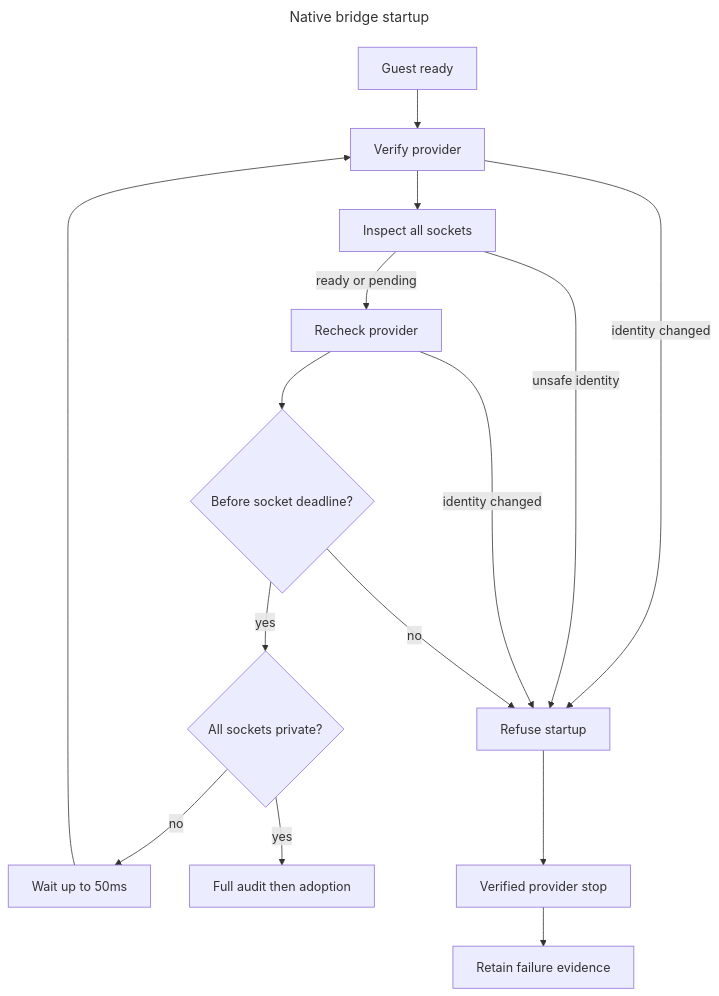
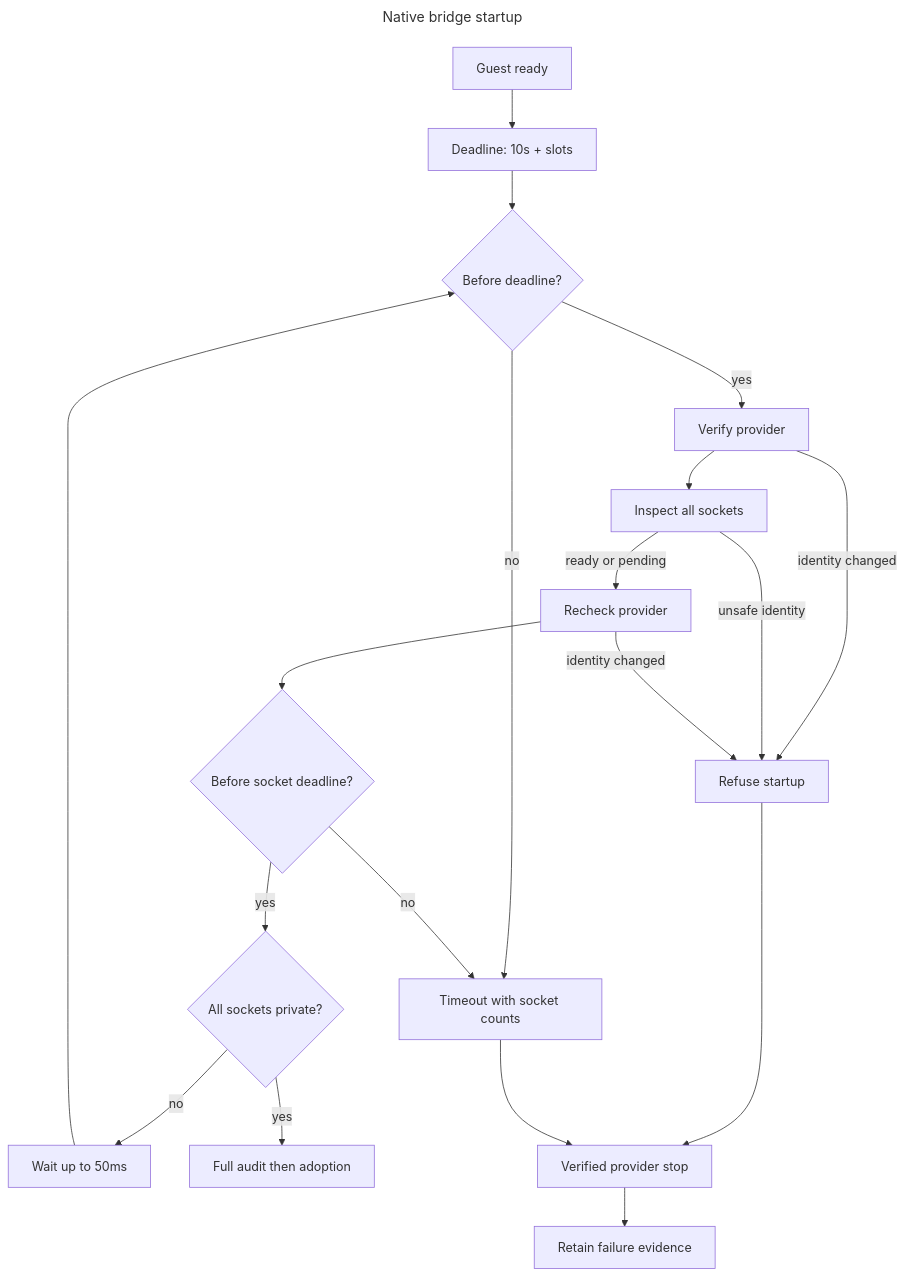
The diagram in docs/diagrams/native-bridge-startup.mmd (hack-dance/hack), drawn with Mermaid before and after one commit. The commit also changed 1 other file, not shown here.

Commit message:
docs(native): align bridge startup diagram with slot deadline

```diff
--- a/docs/diagrams/native-bridge-startup.mmd
+++ b/docs/diagrams/native-bridge-startup.mmd
@@ -1,23 +1,27 @@
 ---
 title: Native bridge startup
 ---
 flowchart TD
-    ready[Guest ready] --> check[Verify provider]
+    ready[Guest ready] --> budget["Deadline: 10s + slots"]
+    budget --> before{Before deadline?}
+    before -->|no| timeout[Timeout with socket counts]
+    before -->|yes| check[Verify provider]
     check --> inspect[Inspect all sockets]
     check -->|identity changed| fail[Refuse startup]
     inspect -->|unsafe identity| fail
     inspect -->|ready or pending| recheck[Recheck provider]
     recheck -->|identity changed| fail
     recheck --> deadline{Before socket deadline?}
-    deadline -->|no| fail
+    deadline -->|no| timeout
     deadline -->|yes| complete{All sockets private?}
     complete -->|no| wait[Wait up to 50ms]
-    wait --> check
+    wait --> before
     complete -->|yes| audit[Full audit then adoption]
     fail --> stop[Verified provider stop]
+    timeout --> stop
     stop --> retained[Retain failure evidence]
     class ready,check,inspect,recheck live
     class wait wait
     class audit ok
-    class fail fail
+    class fail,timeout fail
     class retained idle
```
